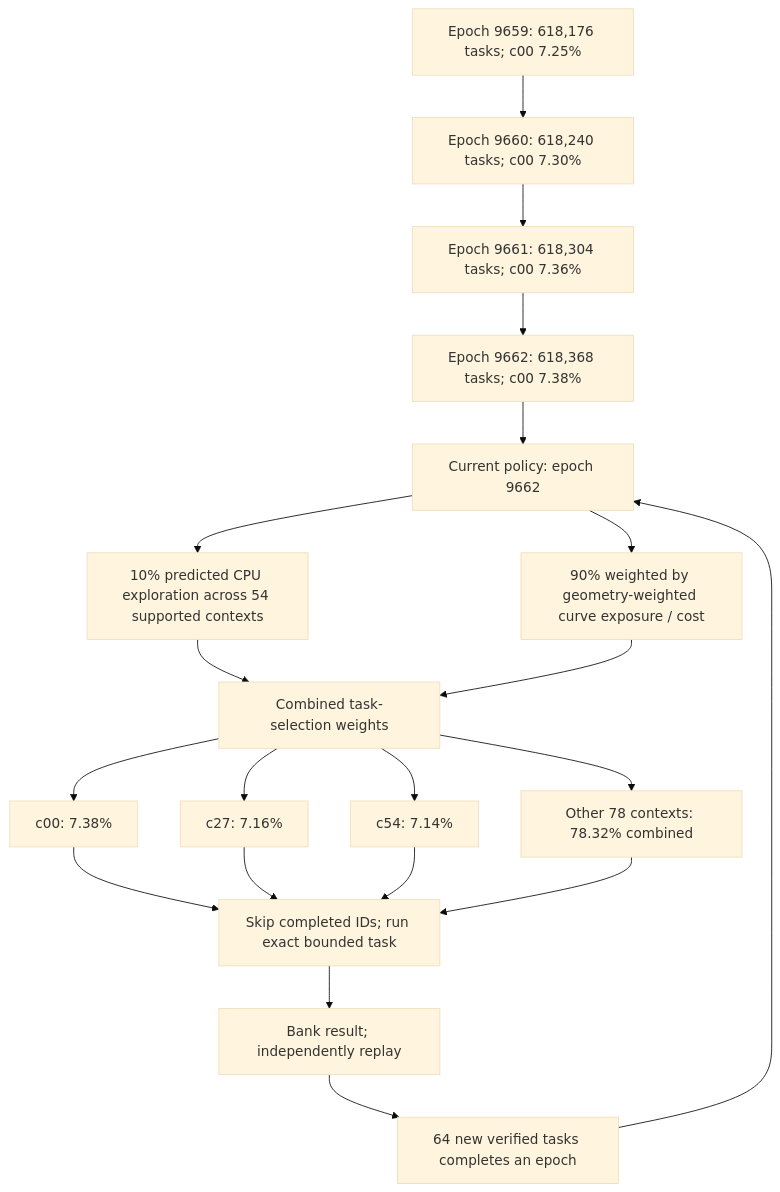
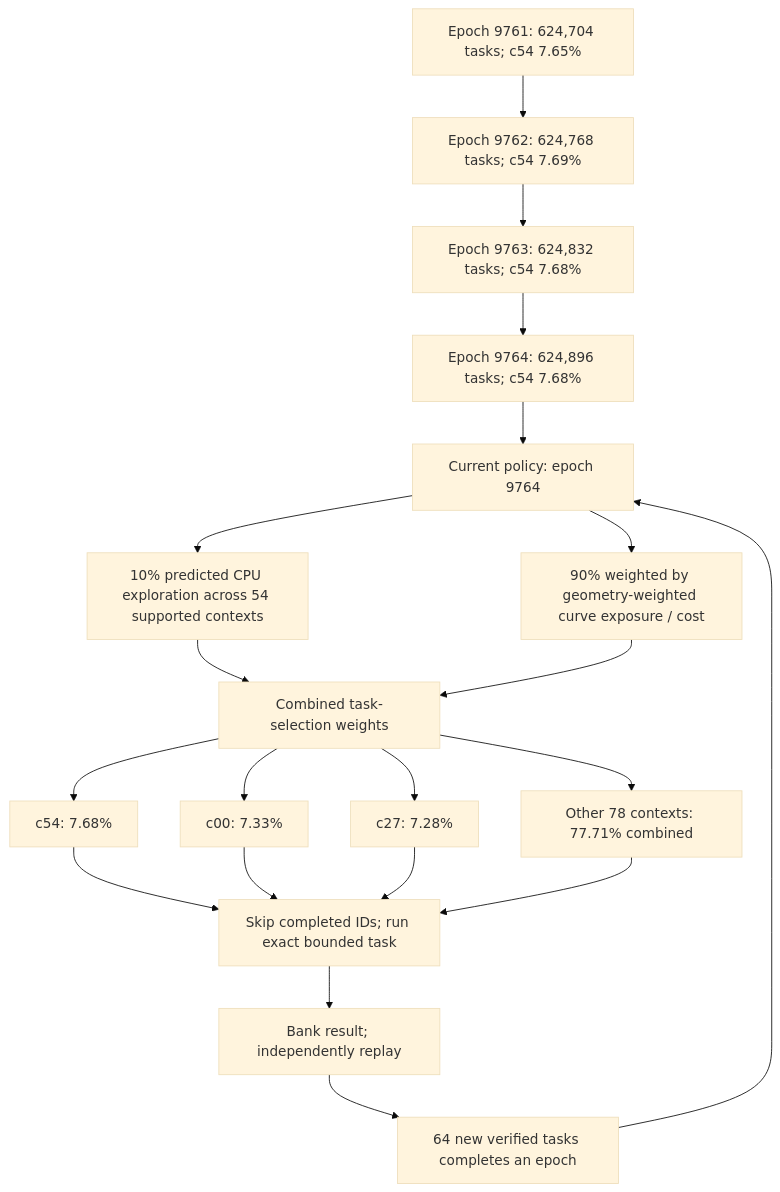
Before and after one commit to Kuberwastaken/math-gambling: the first of 4 diagrams in README.md, drawn with Mermaid (base theme). The commit also changed other lines of this file and 11843 other files, not shown here.

````diff
--- a/README.md
+++ b/README.md
@@ -60,27 +60,27 @@
 ```mermaid
 flowchart TD
-    H0["Epoch 9659: 618,176 tasks; c00 7.25%"]
-    H1["Epoch 9660: 618,240 tasks; c00 7.30%"]
+    H0["Epoch 9761: 624,704 tasks; c54 7.65%"]
+    H1["Epoch 9762: 624,768 tasks; c54 7.69%"]
     H0 --> H1
-    H2["Epoch 9661: 618,304 tasks; c00 7.36%"]
+    H2["Epoch 9763: 624,832 tasks; c54 7.68%"]
     H1 --> H2
-    H3["Epoch 9662: 618,368 tasks; c00 7.38%"]
+    H3["Epoch 9764: 624,896 tasks; c54 7.68%"]
     H2 --> H3
-    Policy["Current policy: epoch 9662"]
+    Policy["Current policy: epoch 9764"]
     H3 --> Policy
     Policy --> Explore["10% predicted CPU exploration across 54 supported contexts"]
     Policy --> Cost["90% weighted by geometry-weighted curve exposure / cost"]
     Explore --> Mix["Combined task-selection weights"]
     Cost --> Mix
-    Mix --> C0["c00: 7.38%"]
-    Mix --> C1["c27: 7.16%"]
-    Mix --> C2["c54: 7.14%"]
-    Mix --> Rest["Other 78 contexts: 78.32% combined"]
+    Mix --> C0["c54: 7.68%"]
+    Mix --> C1["c00: 7.33%"]
+    Mix --> C2["c27: 7.28%"]
+    Mix --> Rest["Other 78 contexts: 77.71% combined"]
     C0 --> Check["Skip completed IDs; run exact bounded task"]
     C1 --> Check
     C2 --> Check
     Rest --> Check
     Check --> Replay["Bank result; independently replay"]
     Replay --> Gate["64 new verified tasks completes an epoch"]
     Gate --> Policy
 ```
````
